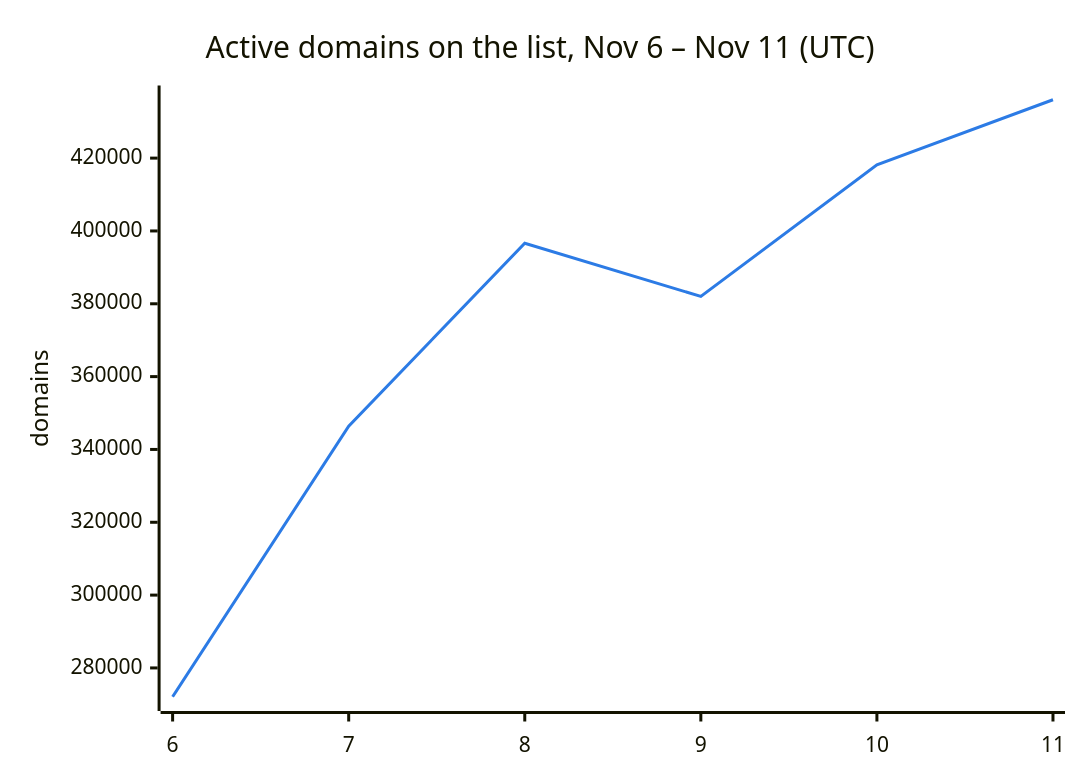
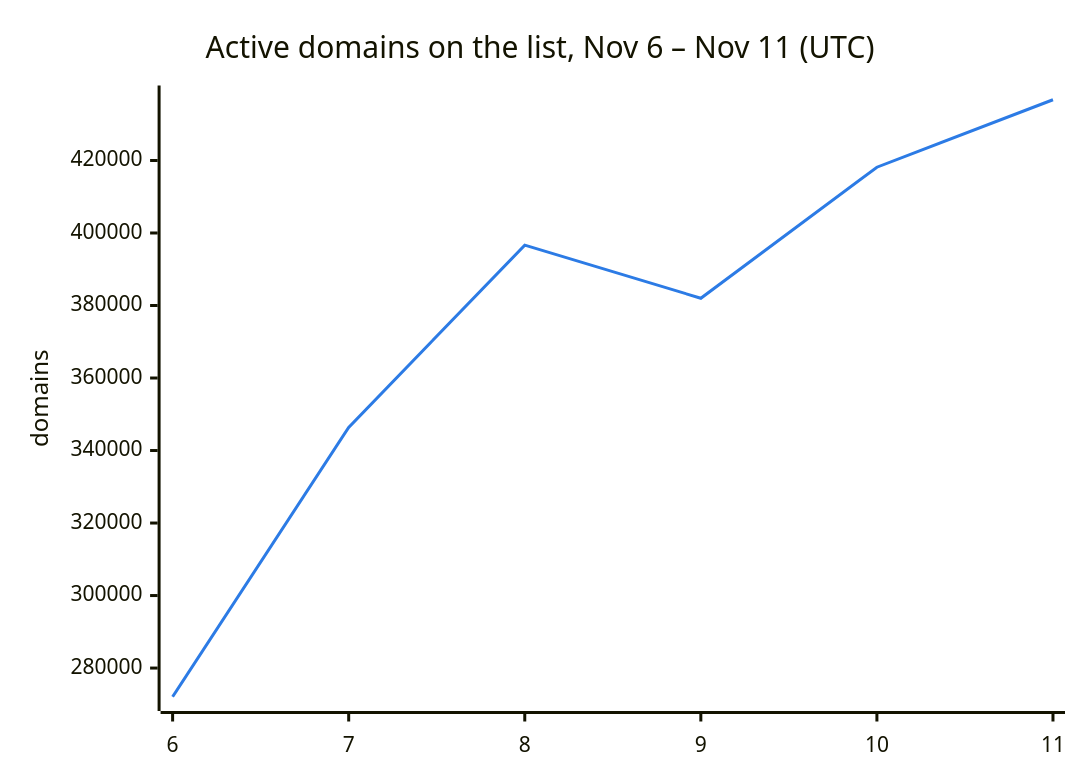
One commit to DNSBunker/CTI changed the second of 3 diagrams in README.md. Above: the diagram before and after it, drawn with Mermaid. The commit also changed other lines of this file and 3 other files, not shown here.

````diff
--- a/README.md
+++ b/README.md
@@ -38,8 +38,8 @@
 ```mermaid
 %%{init: {"themeVariables": {"xyChart": {"plotColorPalette": "#2c7be5"}}}}%%
 xychart-beta
     title "Active domains on the list, Nov 6 – Nov 11 (UTC)"
     x-axis ["6", "7", "8", "9", "10", "11"]
     y-axis "domains"
-    line [272088, 346388, 396638, 382009, 418143, 436028]
+    line [272088, 346388, 396638, 382009, 418143, 436751]
 ```
````
